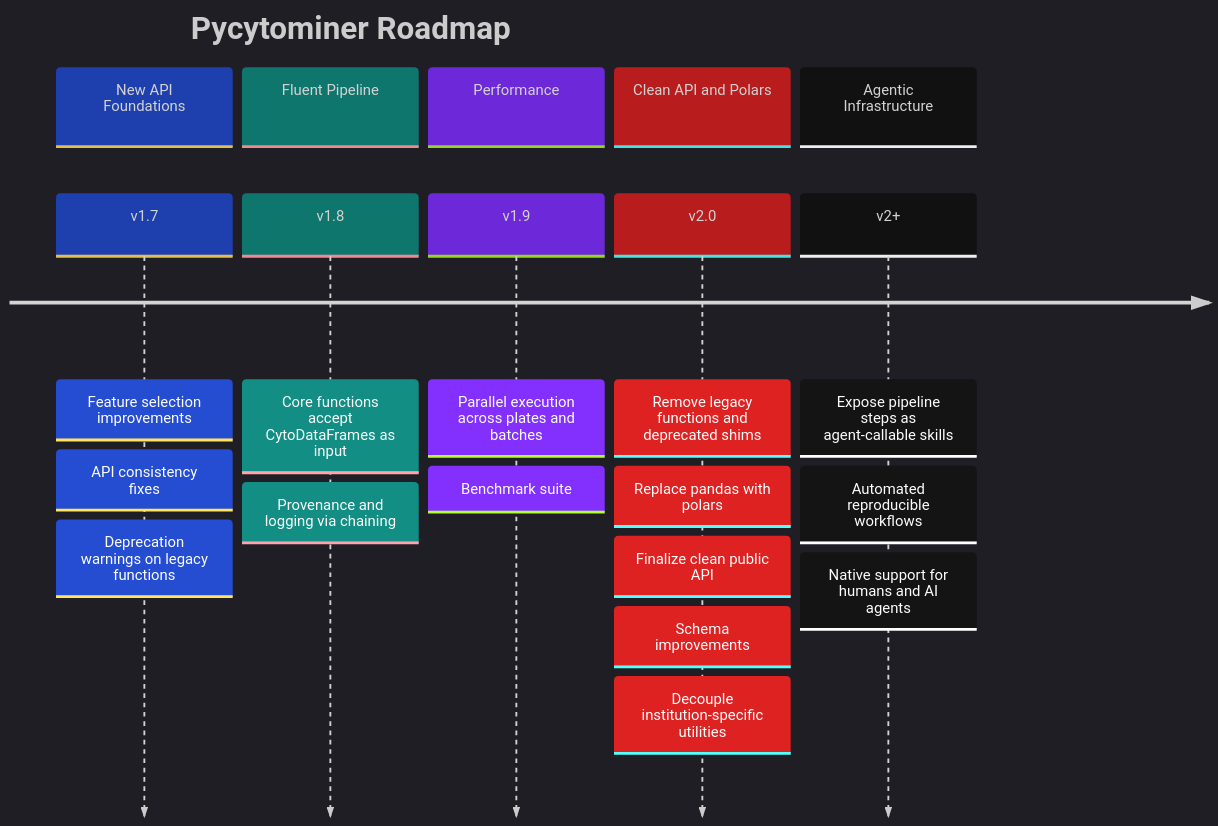
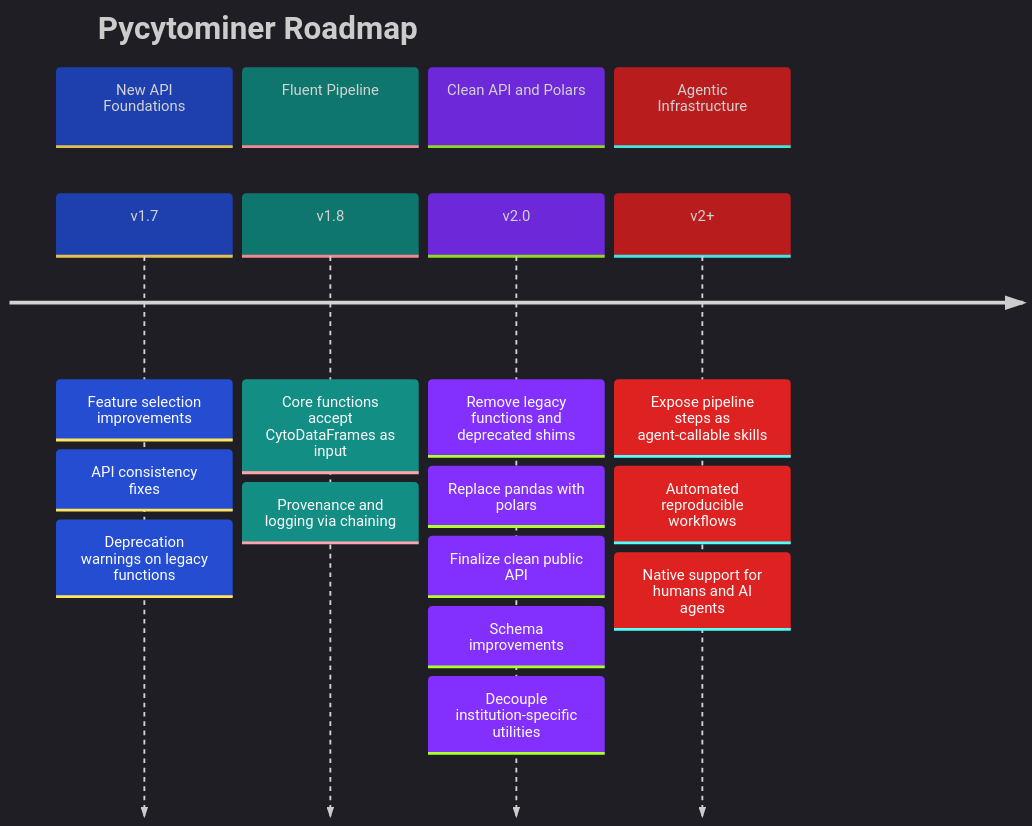
The diagram in ROADMAP.md (cytomining/pycytominer), drawn with Mermaid before and after one commit. The commit also changed other lines of this file, not shown here.

````diff
--- a/ROADMAP.md
+++ b/ROADMAP.md
@@ -6,25 +6,22 @@
 ```mermaid
 %%{init: {'theme': 'dark', 'themeVariables': {'cScale0': '#1e40af', 'cScale1': '#0f766e', 'cScale2': '#6d28d9', 'cScale3': '#b91c1c', 'cScale4': '#111111'}}}%%
 timeline
     title Pycytominer Roadmap
     section New API Foundations
         v1.7 : Feature selection improvements
              : API consistency fixes
              : Deprecation warnings on legacy functions
     section Fluent Pipeline
         v1.8 : Core functions accept CytoDataFrames as input
              : Provenance and logging via chaining
-    section Performance
-        v1.9 : Parallel execution across plates and batches
-             : Benchmark suite
     section Clean API and Polars
         v2.0 : Remove legacy functions and deprecated shims
              : Replace pandas with polars
              : Finalize clean public API
              : Schema improvements
              : Decouple institution-specific utilities
     section Agentic Infrastructure
         v2+ : Expose pipeline steps as agent-callable skills
             : Automated reproducible workflows
             : Native support for humans and AI agents
 ```
````
